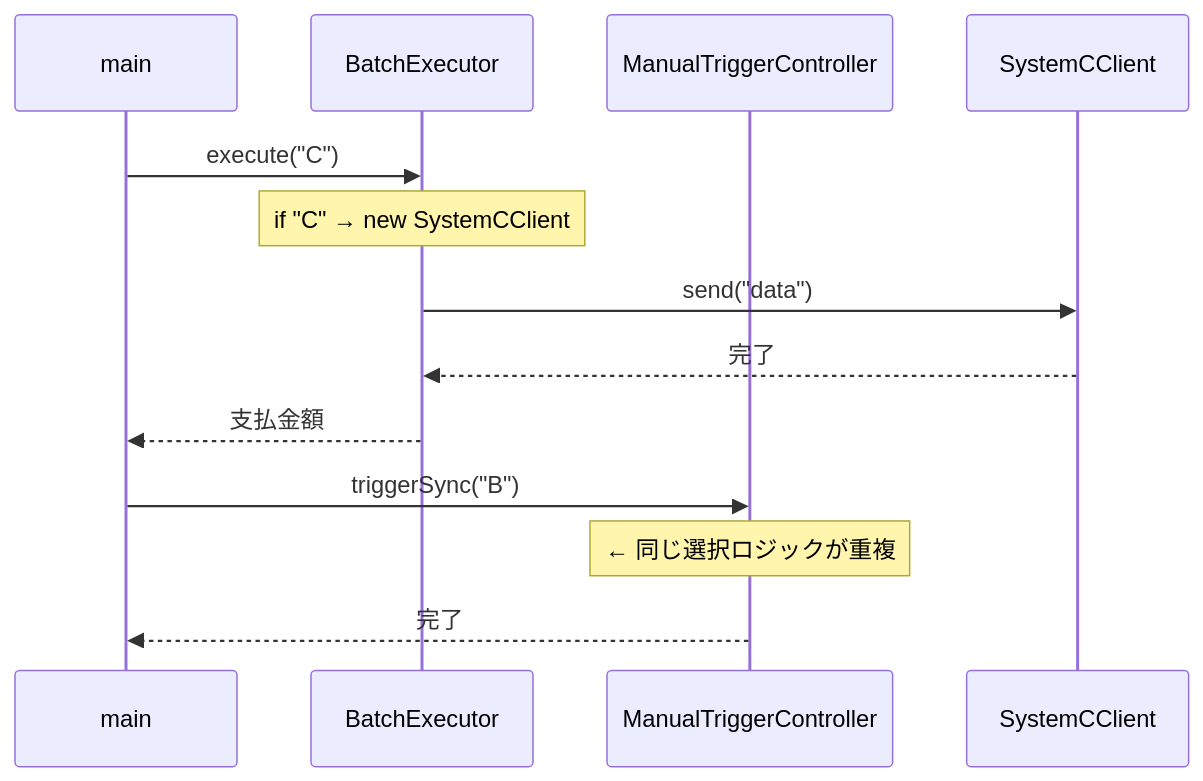
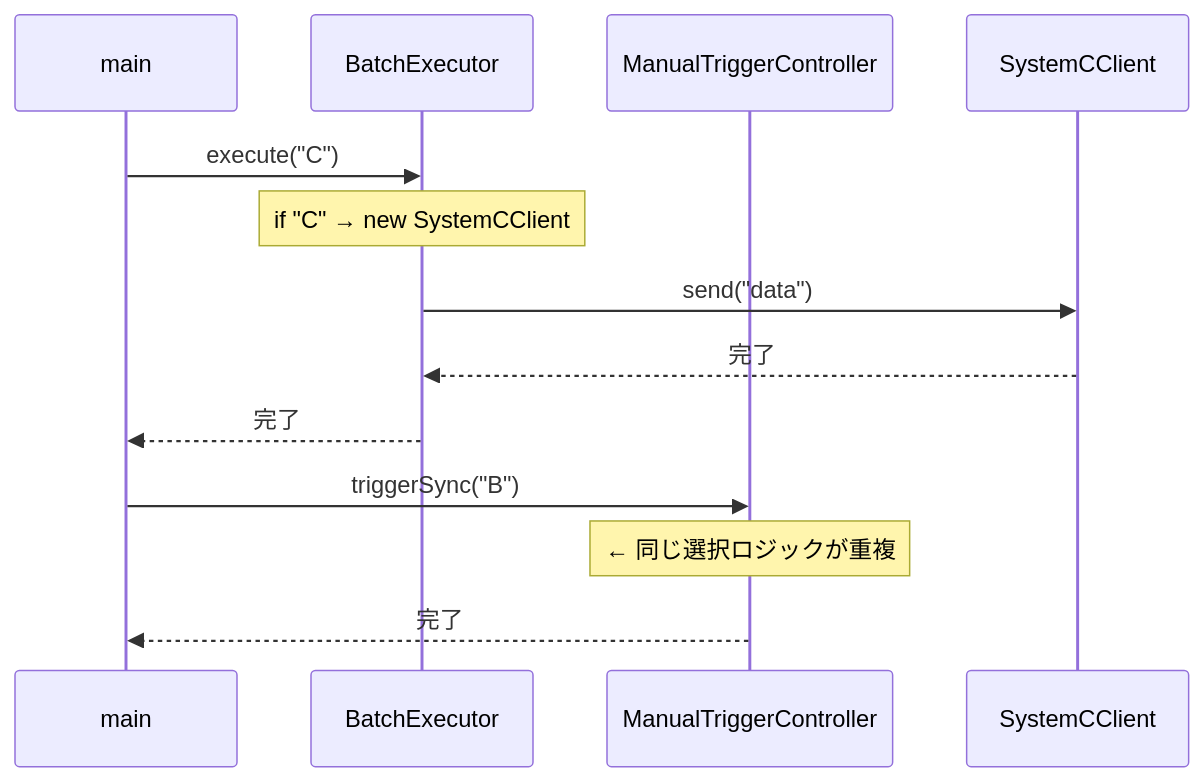
One commit to kumachan1101-pixel/DesignPattern changed the seventh of 13 diagrams in kindle/design-patterns/output/chapter10.md. Above: the diagram before and after it, drawn with Mermaid. The commit also changed other lines of this file and 2 other files, not shown here.

````diff
--- a/kindle/design-patterns/output/chapter10.md
+++ b/kindle/design-patterns/output/chapter10.md
@@ -573,15 +621,15 @@
 ```mermaid
 sequenceDiagram
     participant main
     participant BE as BatchExecutor
     participant MTC as ManualTriggerController
     participant SC as SystemCClient
     main->>BE: execute("C")
     Note over BE: if "C" → new SystemCClient
     BE->>SC: send("data")
     SC-->>BE: 完了
-    BE-->>main: 支払金額
+    BE-->>main: 完了
     main->>MTC: triggerSync("B")
     Note over MTC: ← 同じ選択ロジックが重複
     MTC-->>main: 完了
 ```
````
